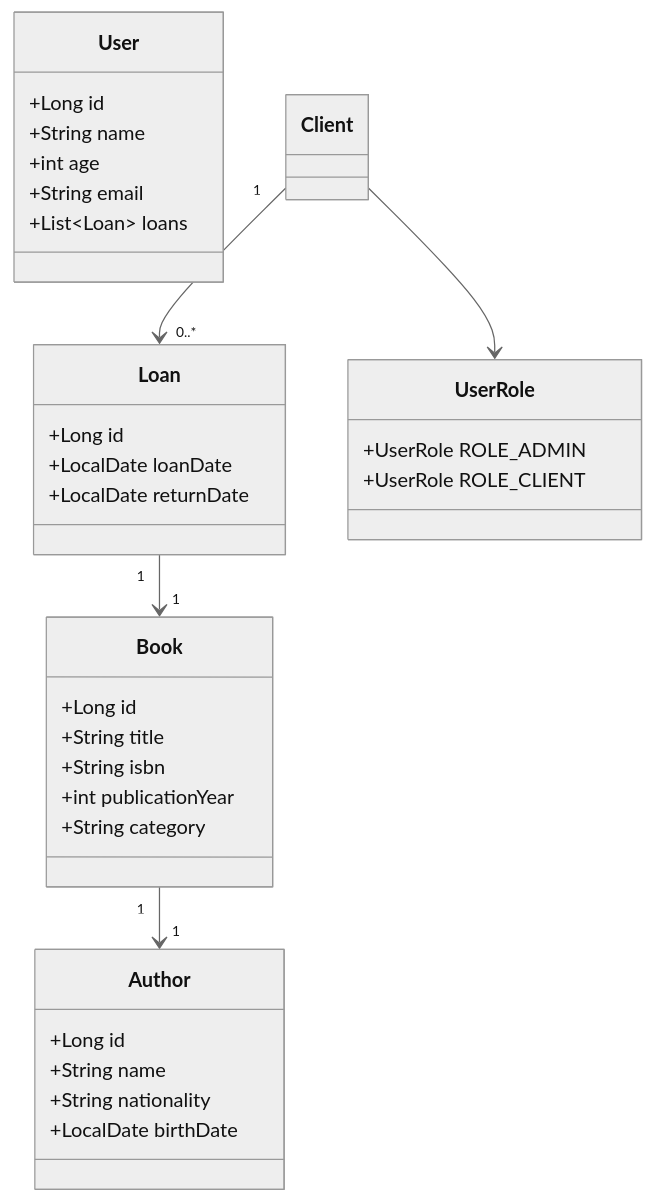
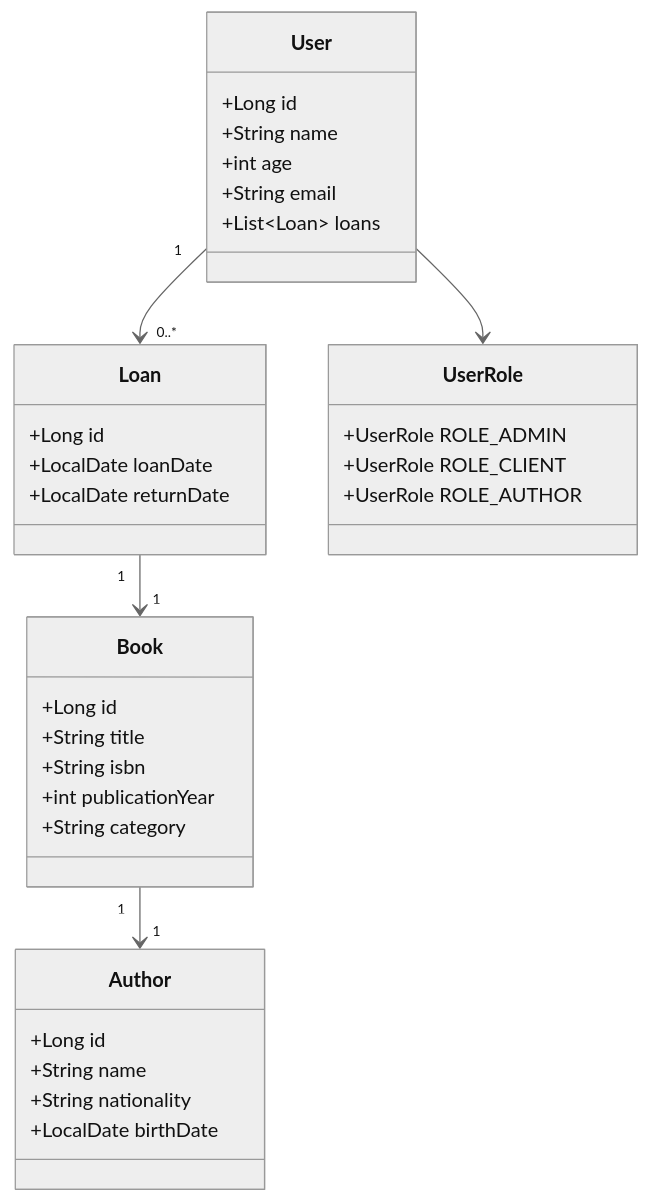
One commit to willUlisses/MyLib-API changed the diagram in README.md. Above: the diagram before and after it, drawn with Mermaid (neutral theme).

````diff
--- a/README.md
+++ b/README.md
@@ -2,43 +2,44 @@
 ```mermaid
 classDiagram
     class User {
         +Long id
         +String name
         +int age
         +String email
         +List~Loan~ loans
     }
 
     class Loan {
         +Long id
         +LocalDate loanDate
         +LocalDate returnDate
     }
 
     class Book {
         +Long id
         +String title
         +String isbn
         +int publicationYear
         +String category
     }
 
     class Author {
         +Long id
         +String name
         +String nationality
         +LocalDate birthDate
     }
 
     class UserRole {
         +UserRole ROLE_ADMIN
         +UserRole ROLE_CLIENT
+        +UserRole ROLE_AUTHOR
     }
 
     %% Relationships
-    Client "1" --> "0..*" Loan
+    User "1" --> "0..*" Loan
     Loan "1" --> "1" Book
     Book "1" --> "1" Author
-    Client --> UserRole
+    User --> UserRole
 
 ```
````
